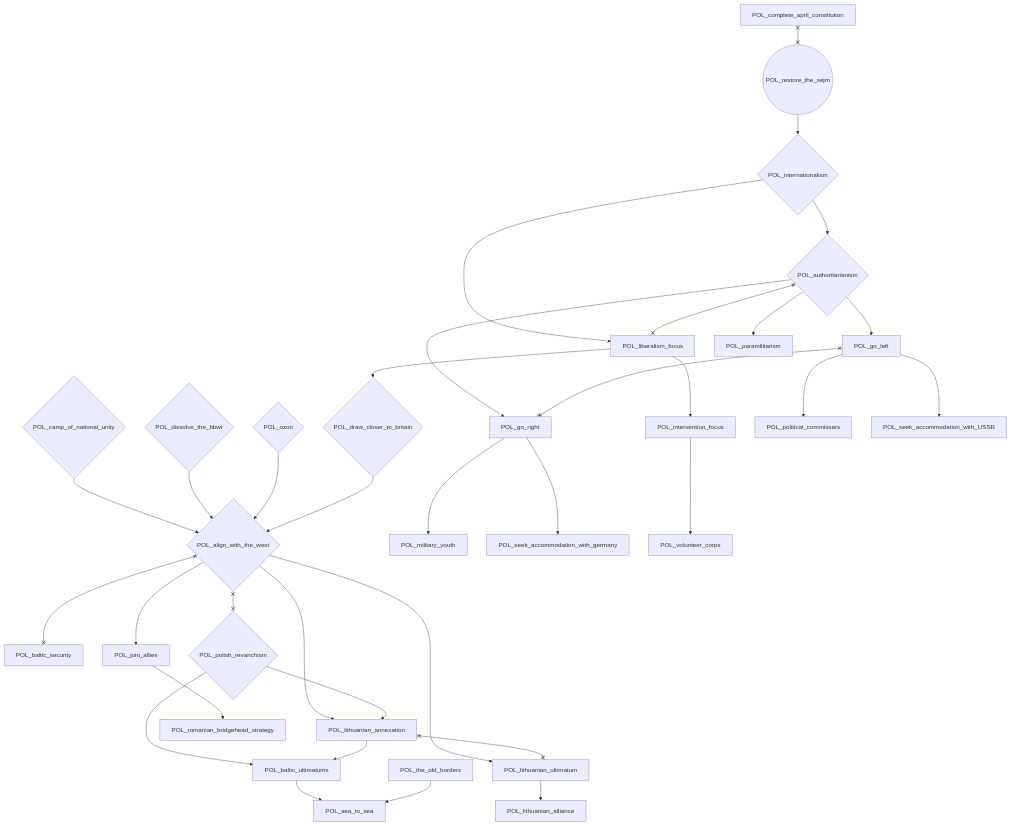
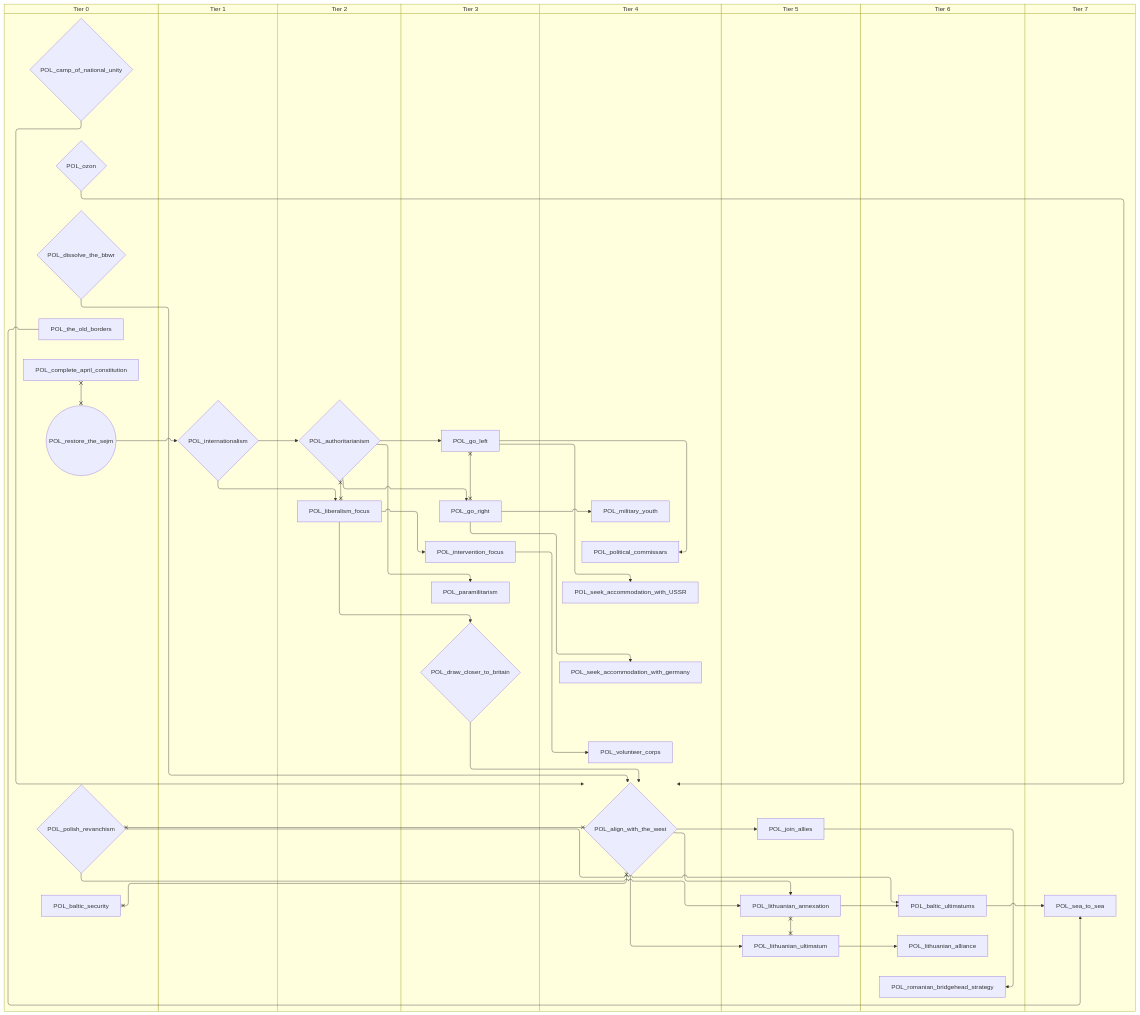
Before and after one commit to evgeny-sobol/hoi4-sandbox-mode: the tenth of 12 diagrams in docs/gdd/National Focuses/poland.md, drawn with Mermaid. The commit also changed other lines of this file and 80 other files, not shown here.

First line of the commit message:
Add swimlane mode to focus graph exporter

````diff
--- a/docs/gdd/National Focuses/poland.md
+++ b/docs/gdd/National Focuses/poland.md
@@ -797,65 +945,81 @@
 ```mermaid
-flowchart TD
-    n95{"POL_align_with_the_west"}
-    n255{"POL_authoritarianism"}
-    n98["POL_baltic_security"]
-    n99["POL_baltic_ultimatums"]
-    n100{"POL_camp_of_national_unity"}
-    n15["POL_complete_april_constitution"]
-    n105{"POL_dissolve_the_bbwr"}
-    n108{"POL_draw_closer_to_britain"}
-    n256["POL_go_left"]
-    n257["POL_go_right"]
-    n258{"POL_internationalism"}
-    n259["POL_intervention_focus"]
-    n110["POL_join_allies"]
-    n260["POL_liberalism_focus"]
-    n112["POL_lithuanian_alliance"]
-    n113["POL_lithuanian_annexation"]
-    n114["POL_lithuanian_ultimatum"]
-    n261["POL_military_youth"]
-    n116{"POL_ozon"}
-    n262["POL_paramilitarism"]
-    n119{"POL_polish_revanchism"}
-    n263["POL_political_commissars"]
-    n122(("POL_restore_the_sejm"))
-    n124["POL_romanian_bridgehead_strategy"]
-    n125["POL_sea_to_sea"]
-    n264["POL_seek_accommodation_with_USSR"]
-    n265["POL_seek_accommodation_with_germany"]
-    n130["POL_the_old_borders"]
-    n266["POL_volunteer_corps"]
-    n100 --> n95
-    n105 --> n95
-    n116 --> n95
-    n108 --> n95
-    n258 --> n255
-    n119 --> n99
-    n113 --> n99
-    n260 --> n108
+swimlane-beta TD
+    subgraph tier_0["Tier 0"]
+        n119["POL_baltic_security"]
+        n112{"POL_camp_of_national_unity"}
+        n2["POL_complete_april_constitution"]
+        n116{"POL_dissolve_the_bbwr"}
+        n115{"POL_ozon"}
+        n117{"POL_polish_revanchism"}
+        n96(("POL_restore_the_sejm"))
+        n127["POL_the_old_borders"]
+    end
+    subgraph tier_1["Tier 1"]
+        n255{"POL_internationalism"}
+    end
+    subgraph tier_2["Tier 2"]
+        n256{"POL_authoritarianism"}
+        n257["POL_liberalism_focus"]
+    end
+    subgraph tier_3["Tier 3"]
+        n95{"POL_draw_closer_to_britain"}
+        n258["POL_go_left"]
+        n259["POL_go_right"]
+        n260["POL_intervention_focus"]
+        n261["POL_paramilitarism"]
+    end
+    subgraph tier_4["Tier 4"]
+        n118{"POL_align_with_the_west"}
+        n262["POL_military_youth"]
+        n263["POL_political_commissars"]
+        n264["POL_seek_accommodation_with_USSR"]
+        n265["POL_seek_accommodation_with_germany"]
+        n266["POL_volunteer_corps"]
+    end
+    subgraph tier_5["Tier 5"]
+        n123["POL_join_allies"]
+        n124["POL_lithuanian_annexation"]
+        n125["POL_lithuanian_ultimatum"]
+    end
+    subgraph tier_6["Tier 6"]
+        n128["POL_baltic_ultimatums"]
+        n129["POL_lithuanian_alliance"]
+        n131["POL_romanian_bridgehead_strategy"]
+    end
+    subgraph tier_7["Tier 7"]
+        n132["POL_sea_to_sea"]
+    end
+    n112 --> n118
+    n116 --> n118
+    n115 --> n118
+    n95 --> n118
     n255 --> n256
+    n117 --> n128
+    n124 --> n128
+    n257 --> n95
+    n256 --> n258
+    n256 --> n259
+    n96 --> n255
+    n257 --> n260
+    n118 --> n123
     n255 --> n257
-    n122 --> n258
-    n260 --> n259
-    n95 --> n110
-    n258 --> n260
-    n114 --> n112
-    n95 --> n113
-    n119 --> n113
-    n95 --> n114
-    n257 --> n261
-    n255 --> n262
-    n256 --> n263
-    n110 --> n124
-    n99 --> n125
-    n130 --> n125
-    n256 --> n264
-    n257 --> n265
-    n259 --> n266
-    n95 x--x n98
-    n95 x--x n119
-    n255 x--x n260
-    n15 x--x n122
+    n125 --> n129
+    n118 --> n124
+    n117 --> n124
+    n118 --> n125
+    n259 --> n262
+    n256 --> n261
+    n258 --> n263
+    n123 --> n131
+    n128 --> n132
+    n127 --> n132
+    n258 --> n264
+    n259 --> n265
+    n260 --> n266
+    n118 x--x n119
+    n118 x--x n117
     n256 x--x n257
-    n113 x--x n114
+    n2 x--x n96
+    n258 x--x n259
+    n124 x--x n125
 ```
````
